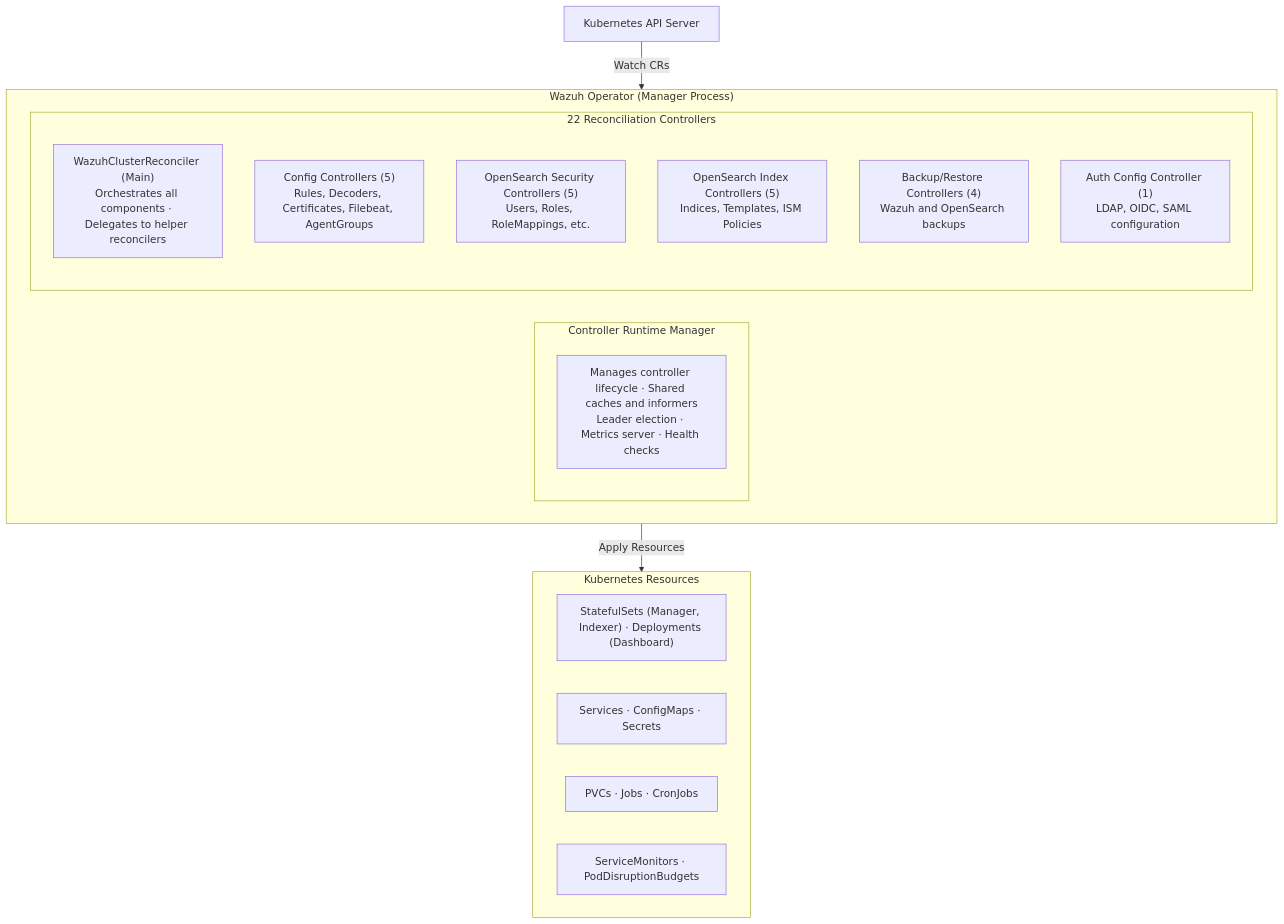
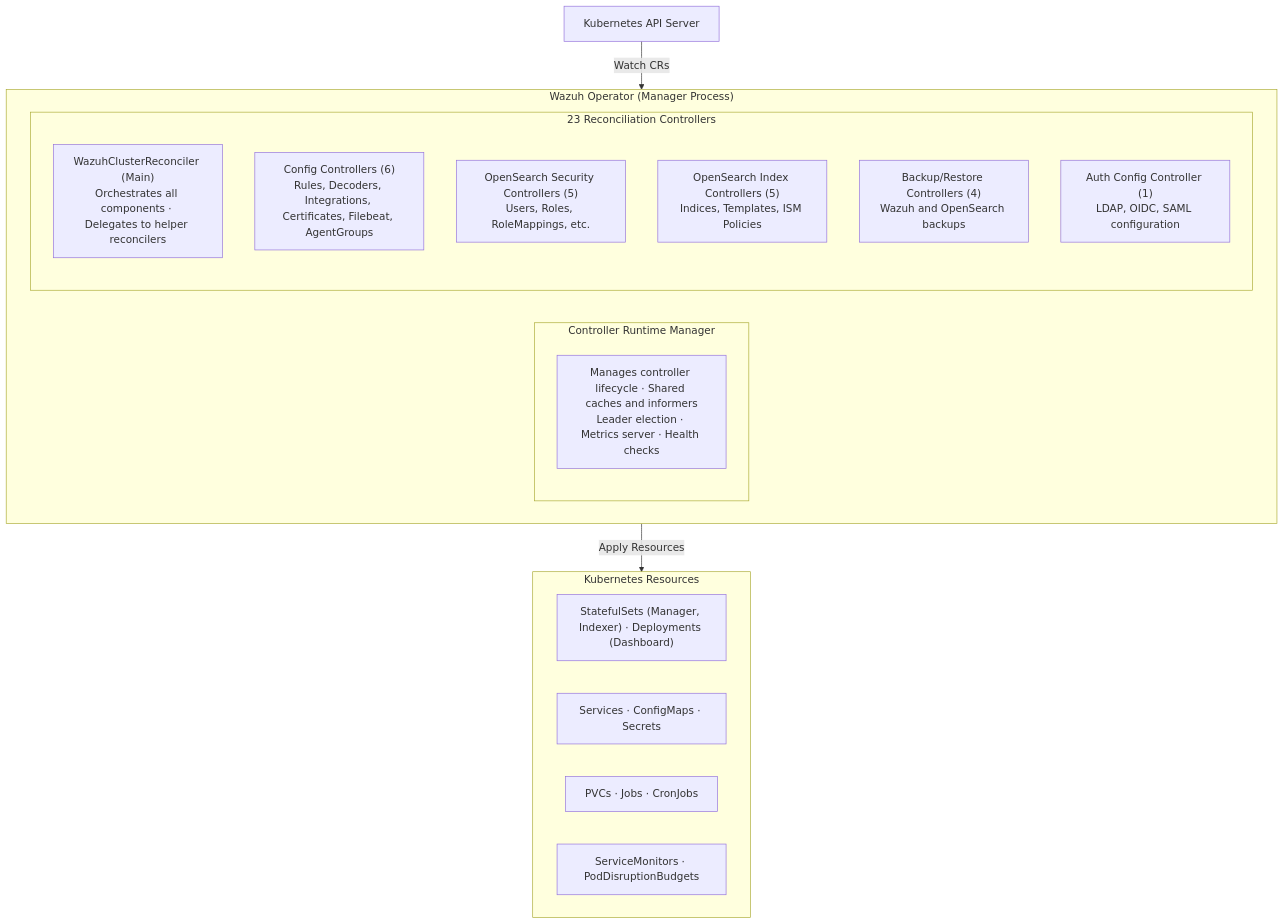
One commit to MaximeWewer/wazuh-operator changed the first of 8 diagrams in docs/reference/architecture.md. Above: the diagram before and after it, drawn with Mermaid. The commit also changed other lines of this file and 31 other files, not shown here.

````diff
--- a/docs/reference/architecture.md
+++ b/docs/reference/architecture.md
@@ -41,28 +41,28 @@
 ```mermaid
 flowchart TD
     A[Kubernetes API Server]
 
     subgraph Operator["Wazuh Operator (Manager Process)"]
         subgraph CRM[Controller Runtime Manager]
             CRM1["Manages controller lifecycle · Shared caches and informers<br/>Leader election · Metrics server · Health checks"]
         end
-        subgraph Controllers[22 Reconciliation Controllers]
+        subgraph Controllers[23 Reconciliation Controllers]
             WCR["WazuhClusterReconciler (Main)<br/>Orchestrates all components · Delegates to helper reconcilers"]
-            CONFIG["Config Controllers (5)<br/>Rules, Decoders, Certificates, Filebeat, AgentGroups"]
+            CONFIG["Config Controllers (6)<br/>Rules, Decoders, Integrations, Certificates, Filebeat, AgentGroups"]
             SEC["OpenSearch Security Controllers (5)<br/>Users, Roles, RoleMappings, etc."]
             IDX["OpenSearch Index Controllers (5)<br/>Indices, Templates, ISM Policies"]
             BACKUP["Backup/Restore Controllers (4)<br/>Wazuh and OpenSearch backups"]
             AUTH["Auth Config Controller (1)<br/>LDAP, OIDC, SAML configuration"]
         end
     end
 
     subgraph Resources[Kubernetes Resources]
         R1["StatefulSets (Manager, Indexer) · Deployments (Dashboard)"]
         R2["Services · ConfigMaps · Secrets"]
         R3["PVCs · Jobs · CronJobs"]
         R4["ServiceMonitors · PodDisruptionBudgets"]
     end
 
     A -->|"Watch CRs"| Operator
     Operator -->|"Apply Resources"| Resources
 ```
````
